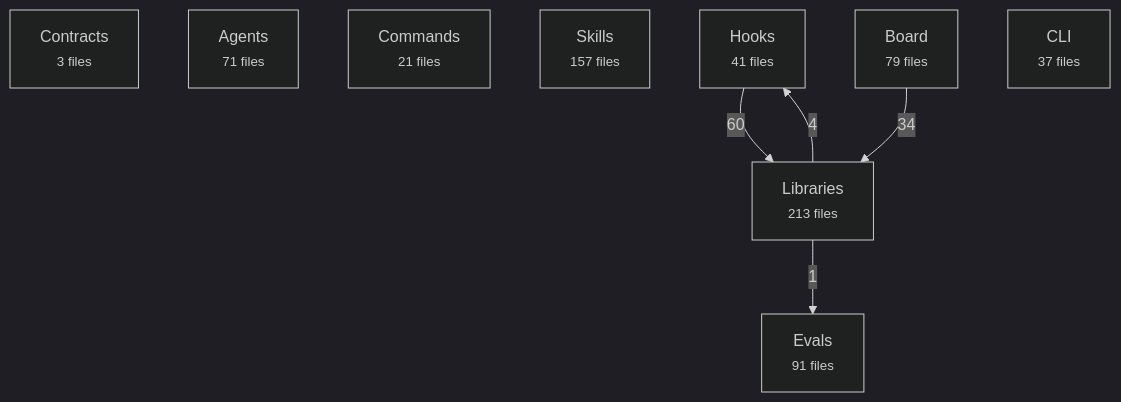
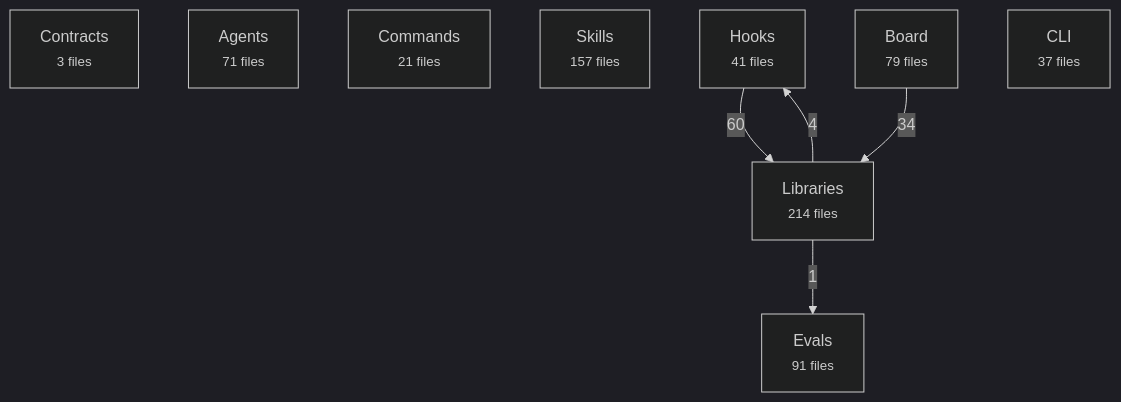
One commit to avelikiy/great_cto changed the first of 2 diagrams in docs/reference/architecture-map.md. Above: the diagram before and after it, drawn with Mermaid (dark theme). The commit also changed other lines of this file and 6 other files, not shown here.

````diff
--- a/docs/reference/architecture-map.md
+++ b/docs/reference/architecture-map.md
@@ -20,16 +20,16 @@
 ```mermaid
 flowchart TD
   contracts["Contracts<br/><small>3 files</small>"]
   agents["Agents<br/><small>71 files</small>"]
   commands["Commands<br/><small>21 files</small>"]
   skills["Skills<br/><small>157 files</small>"]
   hooks["Hooks<br/><small>41 files</small>"]
-  libs["Libraries<br/><small>213 files</small>"]
+  libs["Libraries<br/><small>214 files</small>"]
   board["Board<br/><small>79 files</small>"]
   cli["CLI<br/><small>37 files</small>"]
   evals["Evals<br/><small>91 files</small>"]
   hooks -->|60| libs
   board -->|34| libs
   libs -->|4| hooks
   libs -->|1| evals
 ```
````
